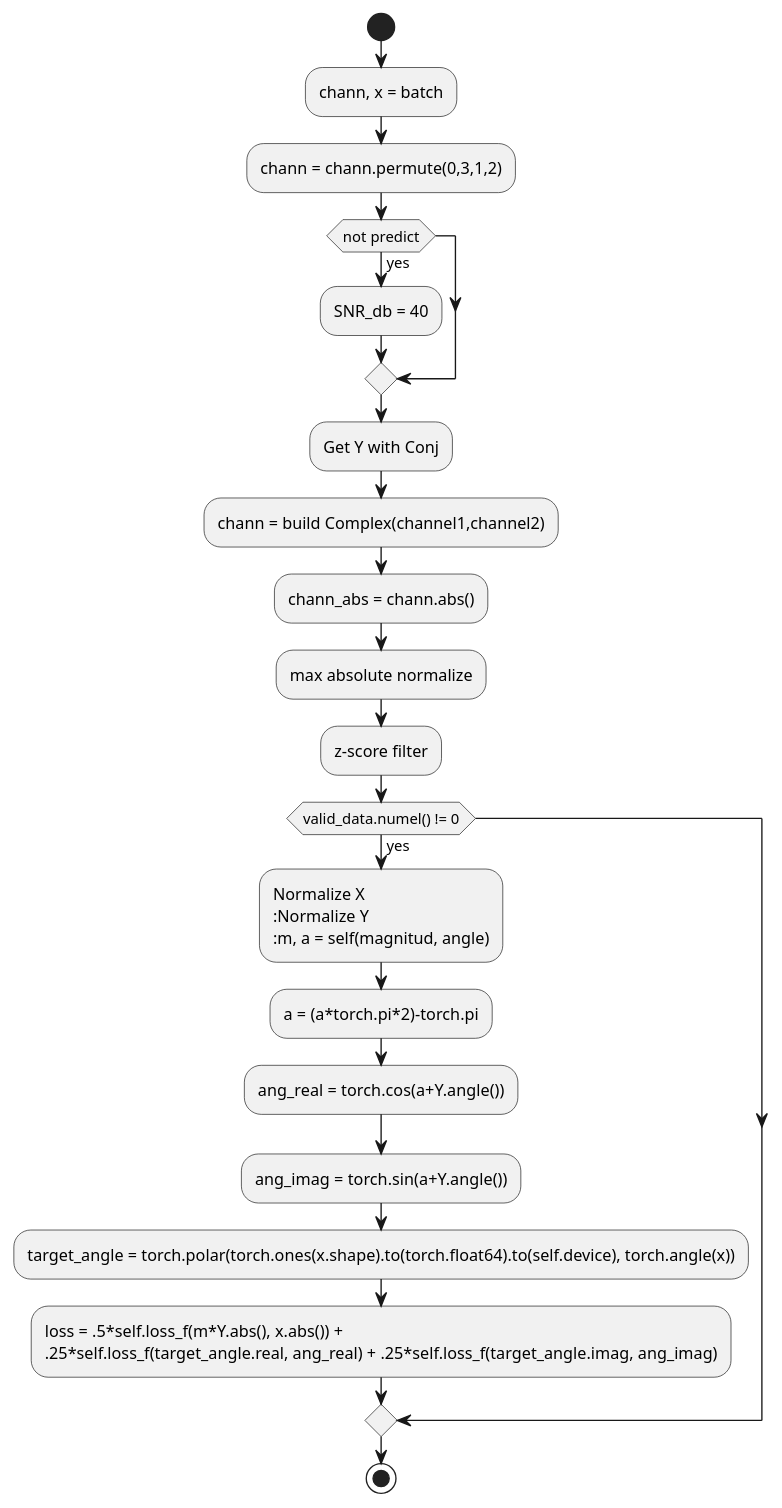
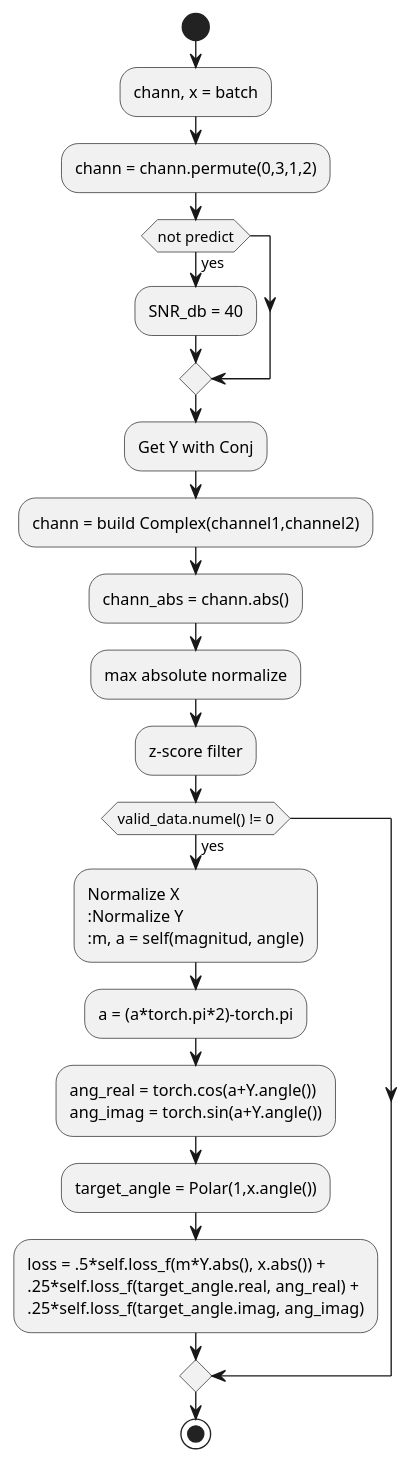
One commit to Tonix22/ThesisDocument changed the diagram in Codigo/UML/MobileNetForwar.wsd. Above: the diagram before and after it, drawn with PlantUML. The commit also changed 2 other files, not shown here.

```diff
--- a/Codigo/UML/MobileNetForwar.wsd
+++ b/Codigo/UML/MobileNetForwar.wsd
@@ -1,26 +1,27 @@
 @startuml
 start
 :chann, x = batch;
 :chann = chann.permute(0,3,1,2);
 if (not predict) then (yes)
     :SNR_db = 40;
 endif
 :Get Y with Conj;
 :chann = build Complex(channel1,channel2);
 :chann_abs = chann.abs();
 :max absolute normalize;
 :z-score filter;
 if (valid_data.numel() != 0) then (yes)
 
     :Normalize X
     :Normalize Y
     :m, a = self(magnitud, angle);
     :a = (a*torch.pi*2)-torch.pi;
-    :ang_real = torch.cos(a+Y.angle());
-    :ang_imag = torch.sin(a+Y.angle());
-    :target_angle = torch.polar(torch.ones(x.shape).to(torch.float64).to(self.device), torch.angle(x));
+    :ang_real = torch.cos(a+Y.angle())
+    ang_imag = torch.sin(a+Y.angle());
+    :target_angle = Polar(1,x.angle());
     :loss = .5*self.loss_f(m*Y.abs(), x.abs()) + 
-    .25*self.loss_f(target_angle.real, ang_real) + .25*self.loss_f(target_angle.imag, ang_imag);
+    .25*self.loss_f(target_angle.real, ang_real) + 
+    .25*self.loss_f(target_angle.imag, ang_imag);
 endif
 stop
 @enduml
```
